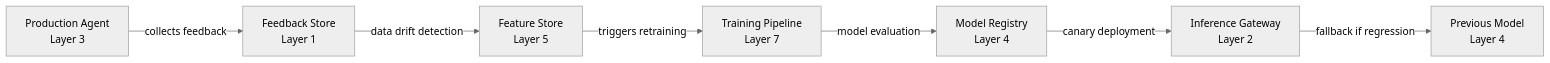
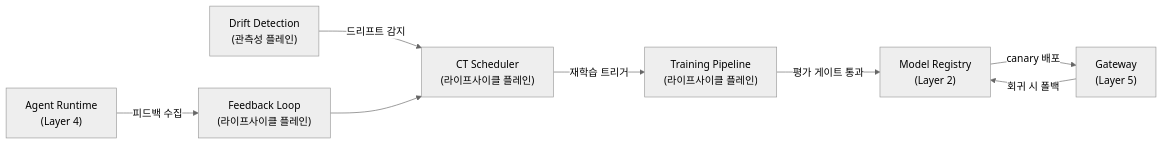
The sixth of 10 diagrams in docs/agentic-ai-platform/design-architecture/foundations/agentic-platform-architecture.md (devfloor9/engineering-playbook), drawn with Mermaid (neutral theme) before and after one commit. The commit also changed other lines of this file and 24 other files, not shown here.

````diff
--- a/docs/agentic-ai-platform/design-architecture/foundations/agentic-platform-architecture.md
+++ b/docs/agentic-ai-platform/design-architecture/foundations/agentic-platform-architecture.md
@@ -613,9 +548,10 @@
 ```mermaid
 graph LR
-    A[Production Agent<br/>Layer 3] -->|collects feedback| B[Feedback Store<br/>Layer 1]
-    B -->|data drift detection| C[Feature Store<br/>Layer 5]
-    C -->|triggers retraining| D[Training Pipeline<br/>Layer 7]
-    D -->|model evaluation| E[Model Registry<br/>Layer 4]
-    E -->|canary deployment| F[Inference Gateway<br/>Layer 2]
-    F -->|fallback if regression| G[Previous Model<br/>Layer 4]
+    A["Agent Runtime<br/>(Layer 4)"] -->|피드백 수집| B["Feedback Loop<br/>(라이프사이클 플레인)"]
+    OBS["Drift Detection<br/>(관측성 플레인)"] -->|드리프트 감지| C["CT Scheduler<br/>(라이프사이클 플레인)"]
+    B --> C
+    C -->|재학습 트리거| D["Training Pipeline<br/>(라이프사이클 플레인)"]
+    D -->|평가 게이트 통과| E["Model Registry<br/>(Layer 2)"]
+    E -->|canary 배포| F["Gateway<br/>(Layer 5)"]
+    F -->|회귀 시 폴백| E
 ```
````
